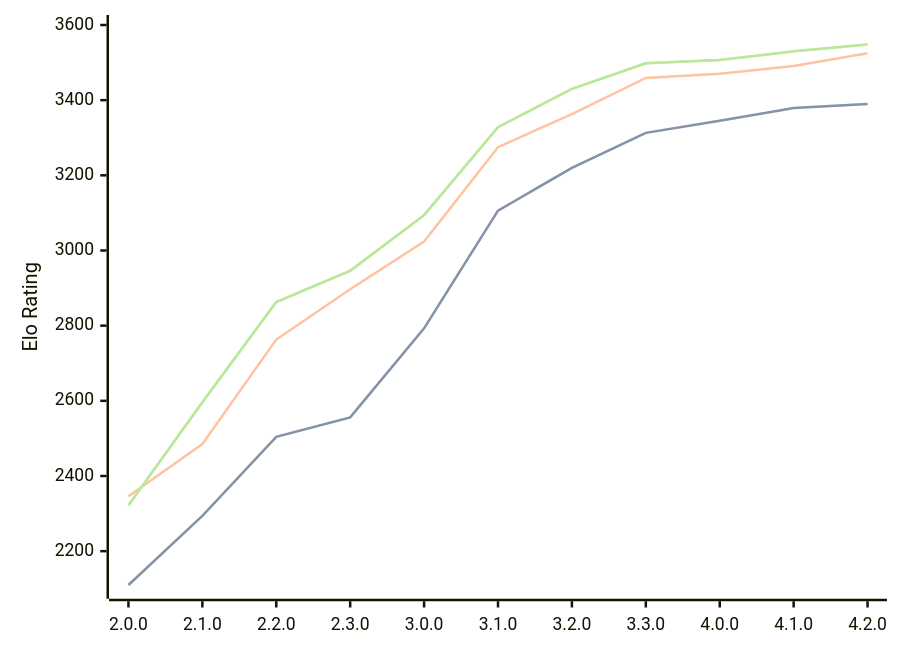
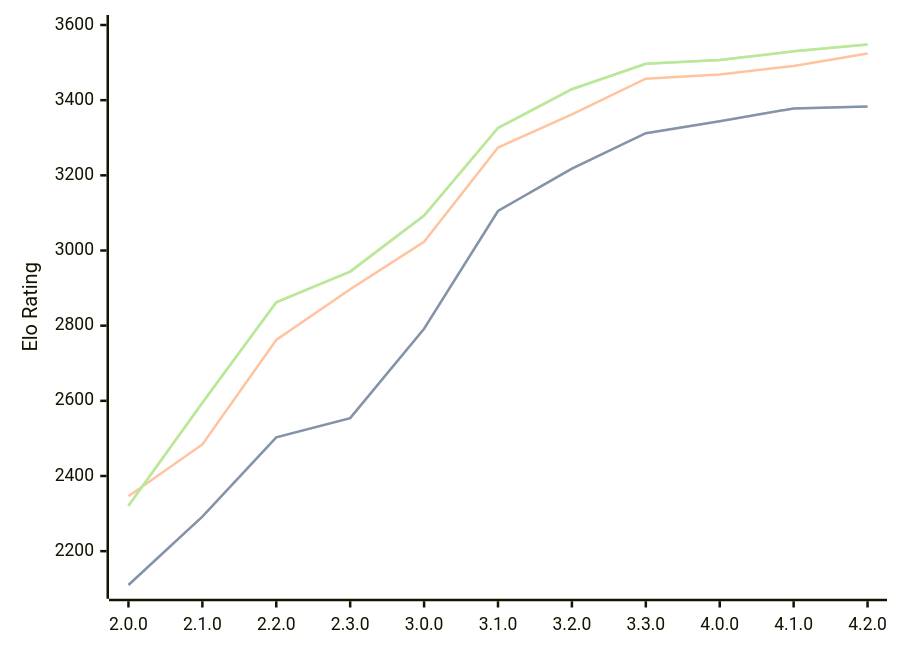
One commit to computer-chess-index/cci changed the diagram in engines/Raphael.md. Above: the diagram before and after it, drawn with Mermaid. The commit also changed other lines of this file, not shown here.

Commit message:
Update CCI Ratings (ELO VLTC) - 2026-08-04

````diff
--- a/engines/Raphael.md
+++ b/engines/Raphael.md
@@ -53,11 +53,11 @@
 ```mermaid
 %%{init: {"theme":"base","themeVariables":{"seriesColors:['#a3a3a3','#222221','#faa371']}}}%%
 xychart-beta
   x-axis ["2.0.0", "2.1.0", "2.2.0", "2.3.0", "3.0.0", "3.1.0", "3.2.0", "3.3.0", "4.0.0", "4.1.0", "4.2.0"]
   y-axis "Elo Rating" 2100 --> 3600
-  line "STC (8.0+0.08s)" [2110, 2294, 2504, 2556, 2793, 3106, 3220, 3313, 3345, 3379, 3390]
-  line "STC (8.0+0.08s)" [2110, 2294, 2504, 2556, 2793, 3106, 3220, 3313, 3345, 3379, 3390]
-  line "LTC (60.0+0.60s)" [2346, 2485, 2763, 2897, 3024, 3275, 3363, 3459, 3470, 3491, 3525]
-  line "VLTC (2m24s+1.12s)" [2322, 2596, 2863, 2946, 3094, 3328, 3430, 3498, 3507, 3530, 3548]
-  line "VLTC (2m24s+1.12s)" [2322, 2596, 2863, 2946, 3094, 3328, 3430, 3498, 3507, 3530, 3548]
+  line "STC (8.0+0.08s)" [2110, 2292, 2503, 2554, 2792, 3105, 3218, 3312, 3344, 3378, 3383]
+  line "STC (8.0+0.08s)" [2110, 2292, 2503, 2554, 2792, 3105, 3218, 3312, 3344, 3378, 3383]
+  line "LTC (60.0+0.60s)" [2346, 2484, 2762, 2897, 3023, 3274, 3362, 3457, 3468, 3491, 3524]
+  line "VLTC (2m24s+1.12s)" [2321, 2595, 2862, 2944, 3093, 3326, 3429, 3497, 3507, 3530, 3548]
+  line "VLTC (2m24s+1.12s)" [2321, 2595, 2862, 2944, 3093, 3326, 3429, 3497, 3507, 3530, 3548]
 ```
````
